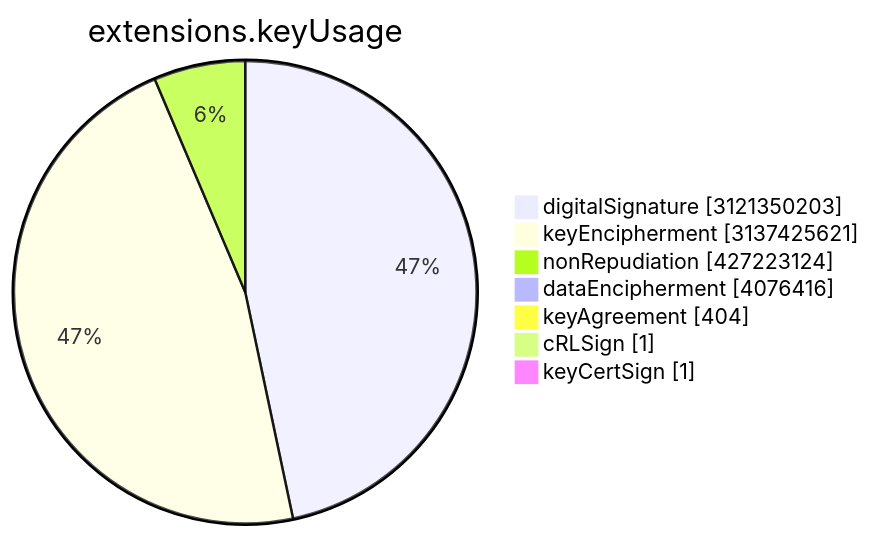
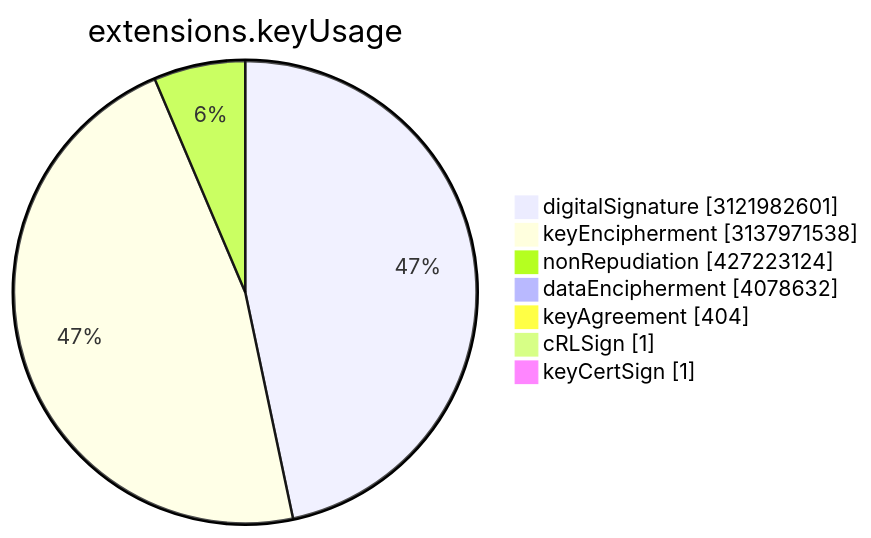
One commit to christiankrug/ctmonitor_visualization changed the sixth of 15 diagrams in TOTAL/README.md. Above: the diagram before and after it, drawn with Mermaid. The commit also changed other lines of this file, not shown here.

````diff
--- a/TOTAL/README.md
+++ b/TOTAL/README.md
@@ -3077,11 +3077,11 @@
 ```mermaid
 pie showData
 title extensions.keyUsage
-"digitalSignature" :3121350203
-"keyEncipherment" :3137425621
+"digitalSignature" :3121982601
+"keyEncipherment" :3137971538
 "nonRepudiation" :427223124
-"dataEncipherment" :4076416
+"dataEncipherment" :4078632
 "keyAgreement" :404
 "cRLSign" :1
 "keyCertSign" :1
 ```
````
